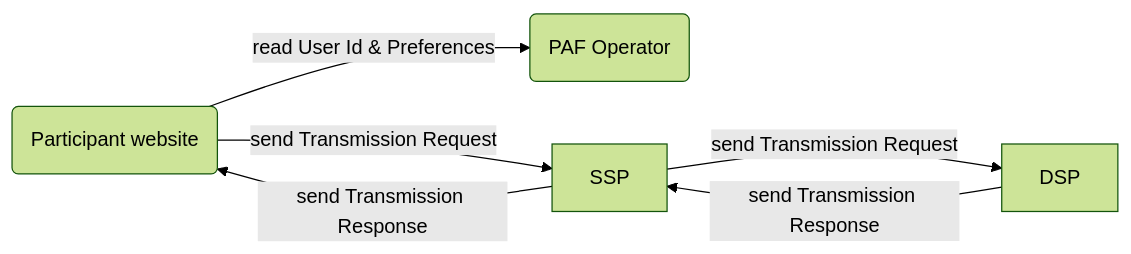
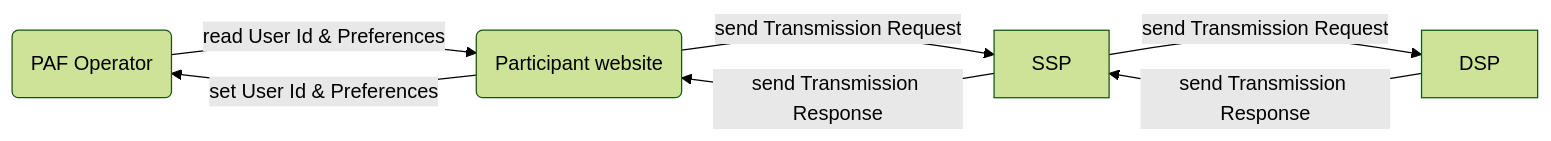
One commit to OneKey-Network/addressability-framework changed the diagram in mvp-spec/README.md. Above: the diagram before and after it, drawn with Mermaid (forest theme). The commit also changed other lines of this file and 5 other files, not shown here.

````diff
--- a/mvp-spec/README.md
+++ b/mvp-spec/README.md
@@ -9,19 +9,18 @@
 ```mermaid
 flowchart LR
     
     O(PAF Operator)
-    click O href "#operator" "Operator API"
     
     Participant("Participant website")
     
-    Participant -->|read User Id & Preferences| O
-    click Participant href "#publisher" "Participant"
+    Participant -->|set User Id & Preferences| O
+    O -->|read User Id & Preferences| Participant
     
     Participant -- send Transmission Request --> SSP
     SSP -- send Transmission Request --> DSP
     DSP -- send Transmission Response --> SSP
     SSP -- send Transmission Response --> Participant    
 
     click SSP href "#ssp-supply-side-platform" "SSP"
     click DSP href "#dsp-demand-side-platform" "DSP"
 ```
````
